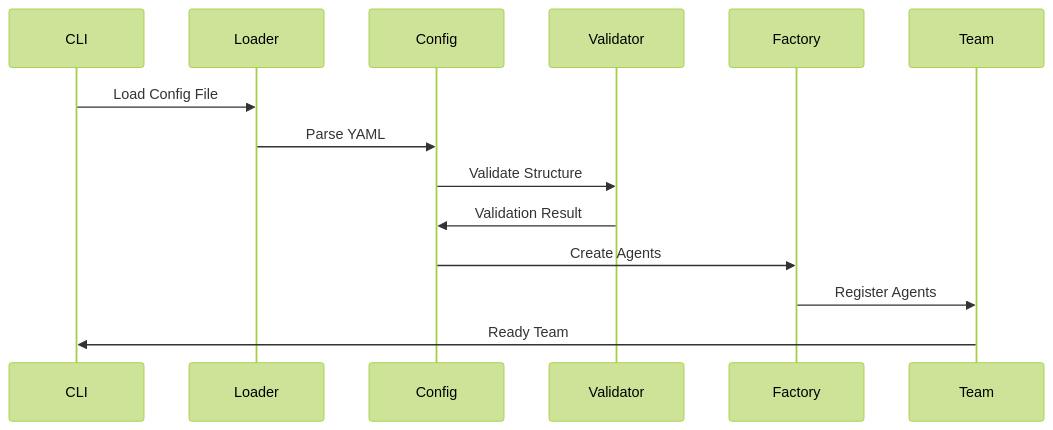
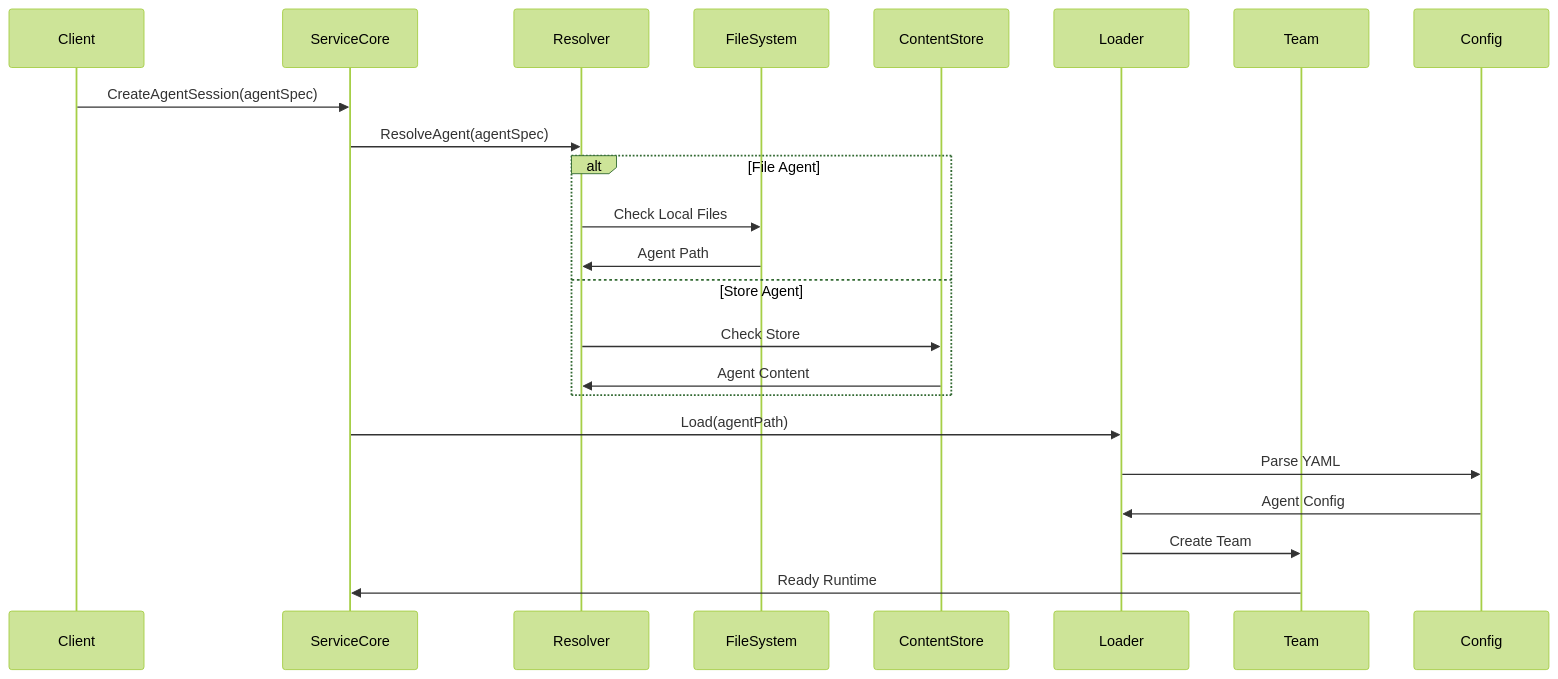
Before and after one commit to vvoland/cagent: diagram 11 of 12 in docs/architecture.md, drawn with Mermaid (forest theme). The commit also changed other lines of this file, not shown here.

Commit message:
Update architecture docs

````diff
--- a/docs/architecture.md
+++ b/docs/architecture.md
@@ -428,17 +597,27 @@
 ```mermaid
 sequenceDiagram
-    participant CLI
+    participant Client
+    participant ServiceCore
+    participant Resolver
+    participant FileSystem
+    participant ContentStore
     participant Loader
-    participant Config
-    participant Validator
-    participant Factory
     participant Team
 
-    CLI->>Loader: Load Config File
+    Client->>ServiceCore: CreateAgentSession(agentSpec)
+    ServiceCore->>Resolver: ResolveAgent(agentSpec)
+    
+    alt File Agent
+        Resolver->>FileSystem: Check Local Files
+        FileSystem->>Resolver: Agent Path
+    else Store Agent
+        Resolver->>ContentStore: Check Store
+        ContentStore->>Resolver: Agent Content
+    end
+    
+    ServiceCore->>Loader: Load(agentPath)
     Loader->>Config: Parse YAML
-    Config->>Validator: Validate Structure
-    Validator->>Config: Validation Result
-    Config->>Factory: Create Agents
-    Factory->>Team: Register Agents
-    Team->>CLI: Ready Team
+    Config->>Loader: Agent Config
+    Loader->>Team: Create Team
+    Team->>ServiceCore: Ready Runtime
 ```
````
